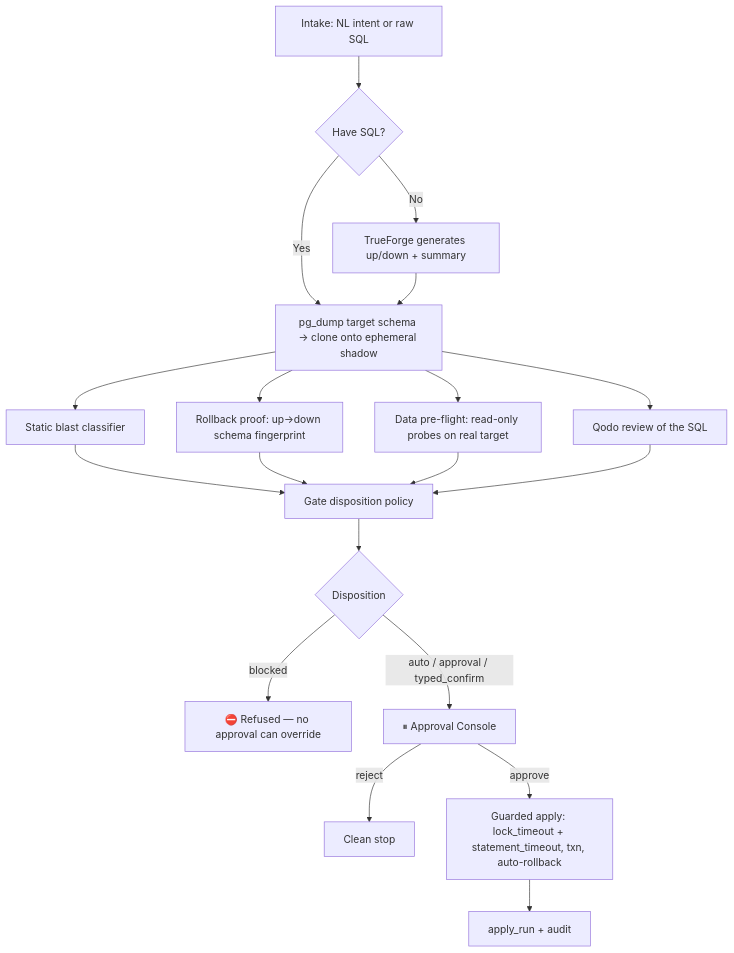
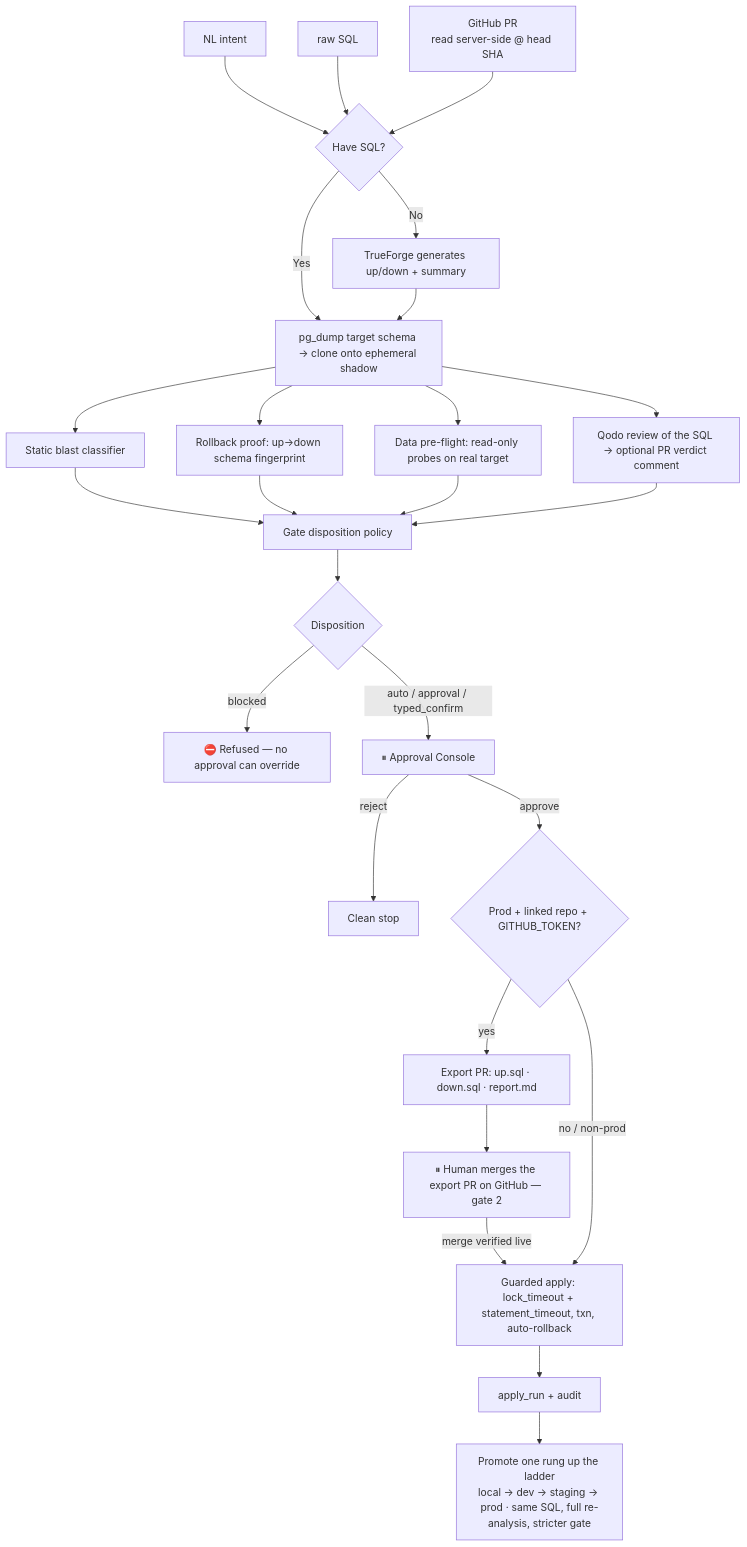
Before and after one commit to SamChawla/migration-sentinel: the first of 3 diagrams in README.md, drawn with Mermaid. The commit also changed other lines of this file and 2 other files, not shown here.

First line of the commit message:
docs: refresh diagrams for the GitOps architecture (#40)

````diff
--- a/README.md
+++ b/README.md
@@ -83,18 +79,26 @@
 ```mermaid
 flowchart TD
-    A[Intake: NL intent or raw SQL] --> B{Have SQL?}
+    I1[NL intent] --> B
+    I2[raw SQL] --> B
+    I3[GitHub PR<br/>read server-side @ head SHA] --> B
+    B{Have SQL?}
     B -- No --> G[TrueForge generates up/down + summary]
     B -- Yes --> C
     G --> C[pg_dump target schema → clone onto ephemeral shadow]
     C --> D[Static blast classifier]
     C --> E[Rollback proof: up→down schema fingerprint]
     C --> F[Data pre-flight: read-only probes on real target]
-    C --> Q[Qodo review of the SQL]
+    C --> Q[Qodo review of the SQL → optional PR verdict comment]
     D & E & F & Q --> P[Gate disposition policy]
     P --> DIS{Disposition}
     DIS -- blocked --> X[⛔ Refused — no approval can override]
     DIS -- auto / approval / typed_confirm --> GATE[⏸ Approval Console]
     GATE -- reject --> STOP[Clean stop]
-    GATE -- approve --> APPLY[Guarded apply: lock_timeout + statement_timeout, txn, auto-rollback]
+    GATE -- approve --> PROD{Prod + linked repo + GITHUB_TOKEN?}
+    PROD -->|yes| EXP[Export PR: up.sql · down.sql · report.md]
+    EXP --> MERGE[⏸ Human merges the export PR on GitHub — gate 2]
+    MERGE -- merge verified live --> APPLY
+    PROD -->|no / non-prod| APPLY[Guarded apply: lock_timeout + statement_timeout, txn, auto-rollback]
     APPLY --> AUD[apply_run + audit]
+    AUD --> PROM[Promote one rung up the ladder<br/>local → dev → staging → prod · same SQL, full re-analysis, stricter gate]
 ```
````
